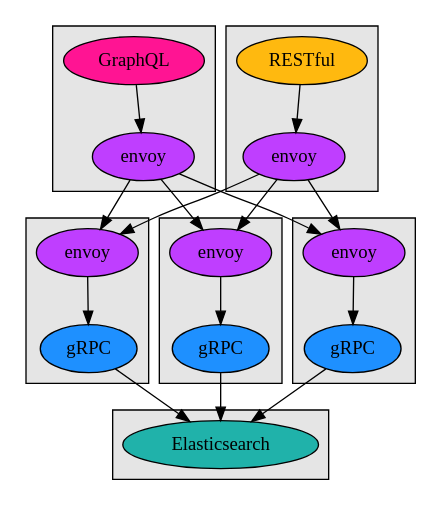
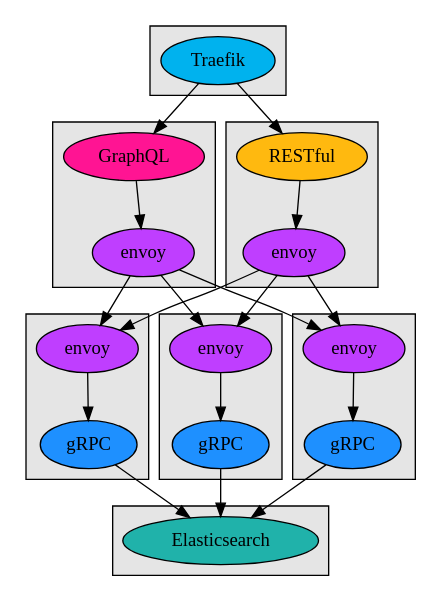
Before and after one commit to cludden/todo-grpc: the diagram in architecture.dot, drawn with Graphviz. The commit also changed 3 other files, not shown here.

Commit message:
fix: adds `traefik` edge proxy

```diff
--- a/architecture.dot
+++ b/architecture.dot
@@ -1,62 +1,70 @@
 digraph architecture {
+    traefik->{graphql,todo_gw}
     envoy_graphql->{envoy_grpc1,envoy_grpc2,envoy_grpc3}
     envoy_gw->{envoy_grpc1,envoy_grpc2,envoy_grpc3}
     {todo_grpc1,todo_grpc2,todo_grpc3}->elasticsearch
+
+    subgraph cluster_proxy {
+        style="filled"
+        fillcolor="gray90"
+
+        traefik [label="Traefik" style="filled" fillcolor="deepskyblue2"]
+    }
 
     subgraph cluster_graphql {
         style="filled"
         fillcolor="gray90"
 
         graphql [label="GraphQL" style="filled" fillcolor="deeppink"]
         envoy_graphql [label="envoy" style="filled" fillcolor="darkorchid1"]
 
         graphql->envoy_graphql
     }
 
     subgraph cluster_todo_gateway {
         style="filled"
         fillcolor="gray90"
 
         todo_gw [label="RESTful" style="filled" fillcolor="darkgoldenrod1"]
         envoy_gw [label="envoy" style="filled" fillcolor="darkorchid1"]
 
         todo_gw->envoy_gw
     }
 
     subgraph cluster_todo_grpc1 {
         style="filled"
         fillcolor="gray90"
 
         todo_grpc1 [label="gRPC" style="filled" fillcolor="dodgerblue1"]
         envoy_grpc1 [label="envoy" style="filled" fillcolor="darkorchid1"]
 
         envoy_grpc1->todo_grpc1
     }
 
     subgraph cluster_todo_grpc2 {
         style="filled"
         fillcolor="gray90"
 
         todo_grpc2 [label="gRPC" style="filled" fillcolor="dodgerblue1"]
         envoy_grpc2 [label="envoy" style="filled" fillcolor="darkorchid1"]
 
         envoy_grpc2->todo_grpc2
     }
 
     subgraph cluster_todo_grpc3 {
         style="filled"
         fillcolor="gray90"
 
         todo_grpc3 [label="gRPC" style="filled" fillcolor="dodgerblue1"]
         envoy_grpc3 [label="envoy" style="filled" fillcolor="darkorchid1"]
 
         envoy_grpc3->todo_grpc3
     }
 
     subgraph cluster_elasticsearch {
         style="filled"
         fillcolor="gray90"
 
         elasticsearch [label="Elasticsearch" style="filled" fillcolor="lightseagreen"]
     }
 }
```
